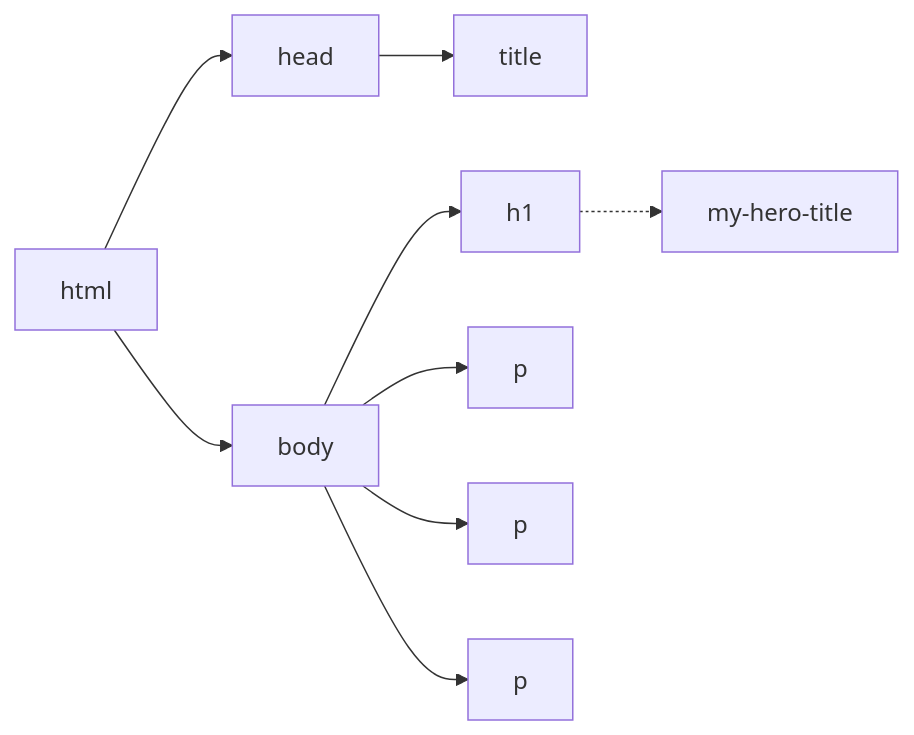
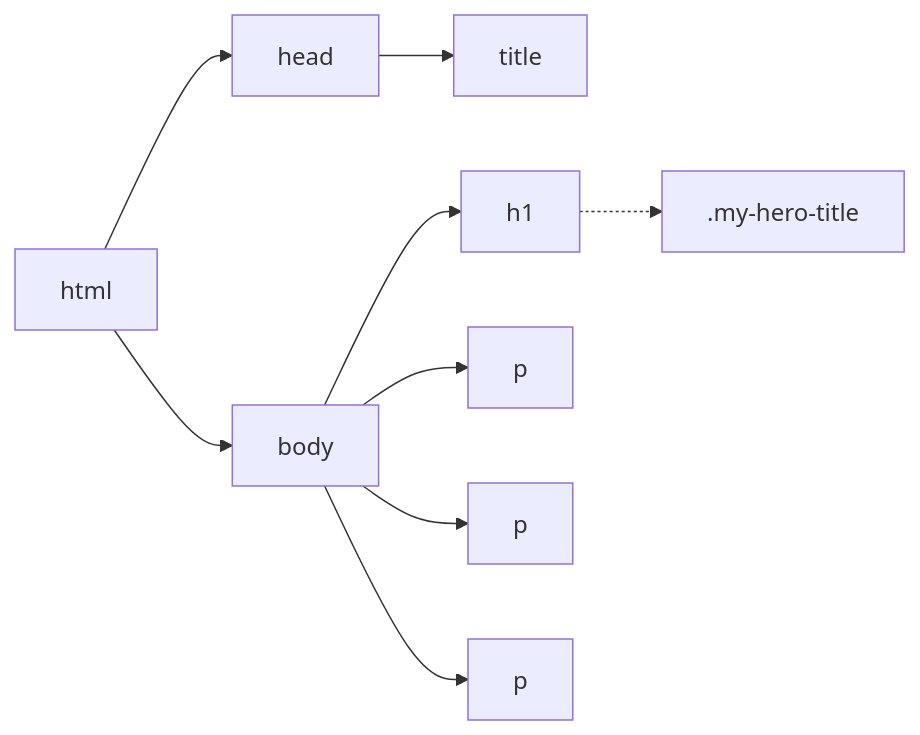
The fourth of 7 diagrams in 40-structure/structure.qmd (ale66/learn-web), drawn with Mermaid before and after one commit. The commit also changed other lines of this file and 132 other files, not shown here.

````diff
--- a/40-structure/structure.qmd
+++ b/40-structure/structure.qmd
@@ -176,8 +176,8 @@
 ```{mermaid}
 %%| echo: false
 flowchart LR
   A[html] --> B[head] & C[body]
   B --> D[title]
   C --> E[h1] & F[p] & G[p] & H[p]
-  E-.-> I[my-hero-title]
+  E-.-> I[.my-hero-title]
 ```
````
